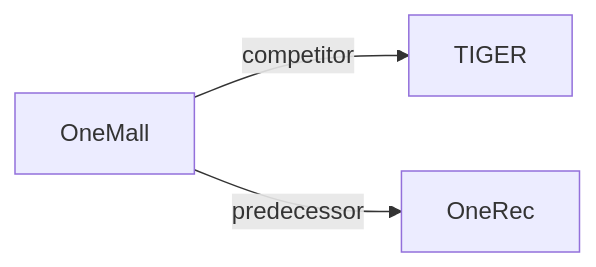
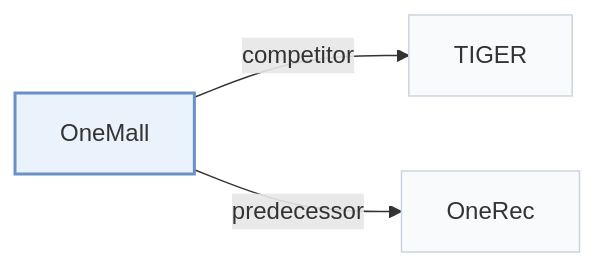
One commit to Galaxy-ghost/Awesome-SID-Generative-Rec changed the second of 2 diagrams in pages/papers/onemall.md. Above: the diagram before and after it, drawn with Mermaid. The commit also changed other lines of this file and 649 other files, not shown here.

Commit message:
writer-05: also tags and modality index (schema, check, build, visuals); summary field removed; calibration data for 12 papers

````diff
--- a/pages/papers/onemall.md
+++ b/pages/papers/onemall.md
@@ -66,6 +72,10 @@
 ```mermaid
 flowchart LR
     P["OneMall"]
-    P -->|competitor| A["TIGER"]
-    P -->|predecessor| B["OneRec"]
+    P -->|"competitor"| A["TIGER"]
+    P -->|"predecessor"| B["OneRec"]
+    classDef main fill:#eaf2fb,stroke:#6b8fc7,stroke-width:2px
+    classDef peer fill:#f8fafc,stroke:#cbd5e1
+    class P main
+    class A,B peer
 ```
````
